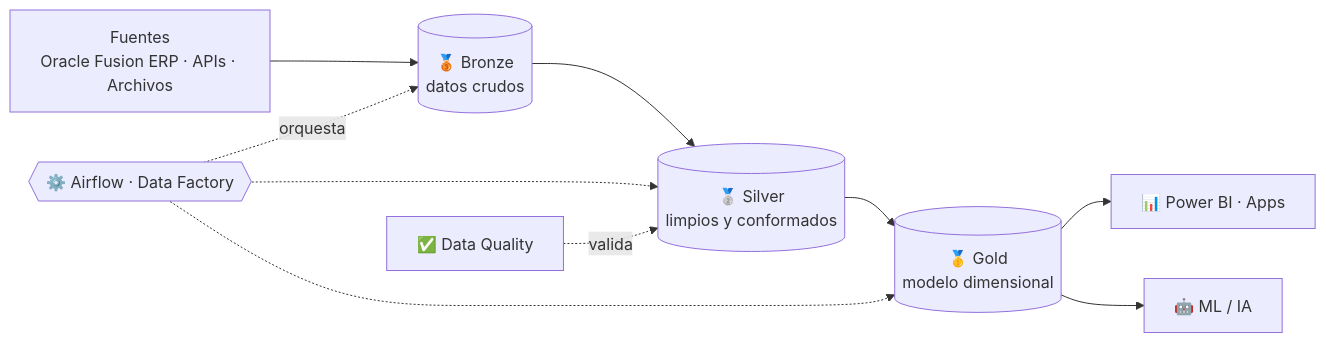
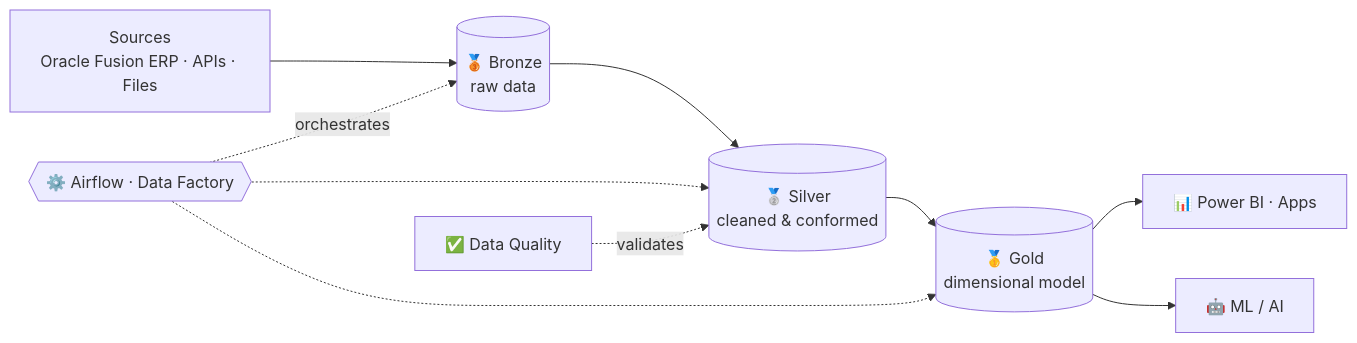
One commit to AlejandroParraPalacios/AlejandroParraPalacios changed the diagram in README.md. Above: the diagram before and after it, drawn with Mermaid. The commit also changed other lines of this file, not shown here.

````diff
--- a/README.md
+++ b/README.md
@@ -44,12 +44,12 @@
 ```mermaid
 flowchart LR
-    S["Fuentes<br/>Oracle Fusion ERP · APIs · Archivos"] --> B[("🥉 Bronze<br/>datos crudos")]
-    B --> SV[("🥈 Silver<br/>limpios y conformados")]
-    SV --> G[("🥇 Gold<br/>modelo dimensional")]
+    S["Sources<br/>Oracle Fusion ERP · APIs · Files"] --> B[("🥉 Bronze<br/>raw data")]
+    B --> SV[("🥈 Silver<br/>cleaned & conformed")]
+    SV --> G[("🥇 Gold<br/>dimensional model")]
     G --> BI["📊 Power BI · Apps"]
-    G --> ML["🤖 ML / IA"]
-    O{{"⚙️ Airflow · Data Factory"}} -.orquesta.-> B
+    G --> ML["🤖 ML / AI"]
+    O{{"⚙️ Airflow · Data Factory"}} -.orchestrates.-> B
     O -.-> SV
     O -.-> G
-    Q["✅ Data Quality"] -.valida.-> SV
+    Q["✅ Data Quality"] -.validates.-> SV
 ```
````
